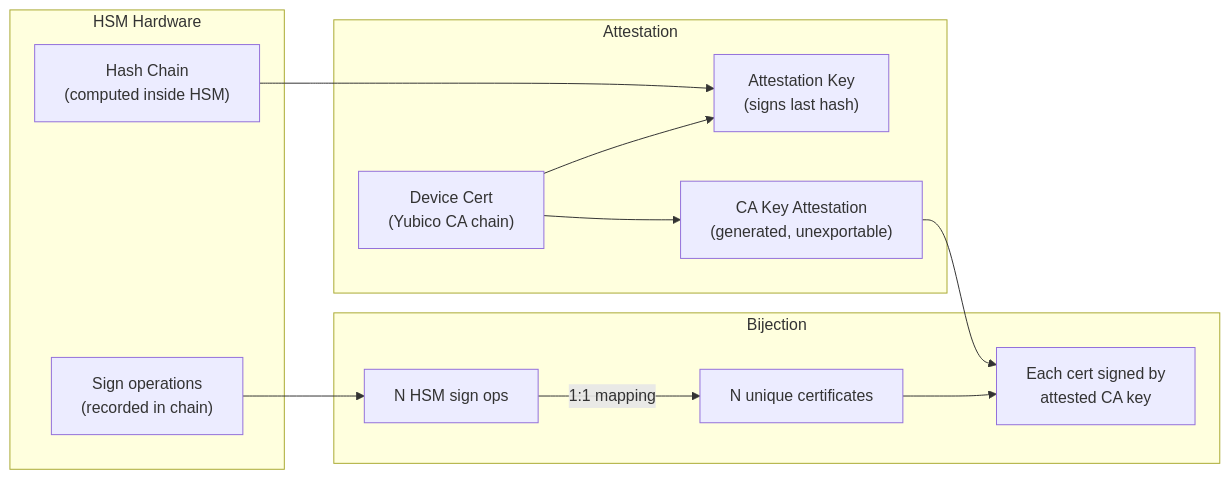
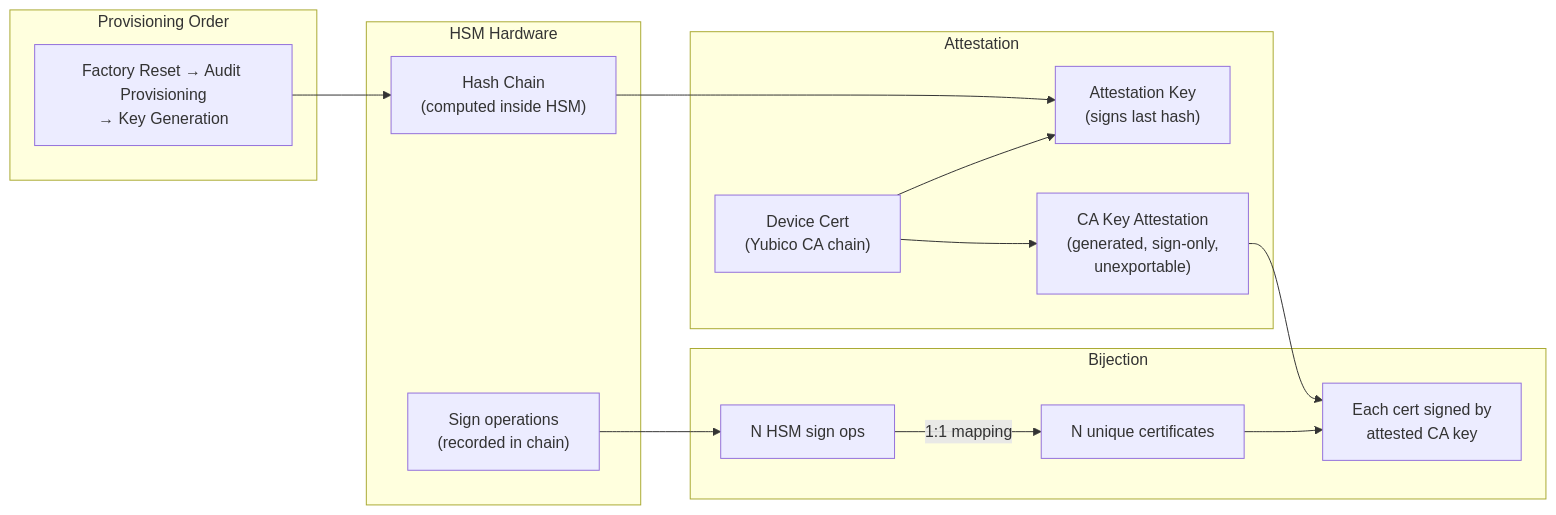
Before and after one commit to blechschmidt/secsy-pki: the fourth of 4 diagrams in README.md, drawn with Mermaid. The commit also changed other lines of this file, not shown here.

First line of the commit message:
Update README diagrams with sign-only caps and audit-before-keygen checks

````diff
--- a/README.md
+++ b/README.md
@@ -113,27 +115,32 @@
 ```mermaid
 graph LR
     subgraph "HSM Hardware"
         HC["Hash Chain<br/>(computed inside HSM)"]
         Sign["Sign operations<br/>(recorded in chain)"]
     end
 
     subgraph "Attestation"
         DC["Device Cert<br/>(Yubico CA chain)"]
         AK["Attestation Key<br/>(signs last hash)"]
-        CK["CA Key Attestation<br/>(generated, unexportable)"]
+        CK["CA Key Attestation<br/>(generated, sign-only,<br/>unexportable)"]
+    end
+
+    subgraph "Provisioning Order"
+        PO["Factory Reset → Audit Provisioning<br/>→ Key Generation"]
     end
 
     subgraph "Bijection"
         N_ops["N HSM sign ops"]
         N_certs["N unique certificates"]
         Verify["Each cert signed by<br/>attested CA key"]
     end
 
     HC --> AK
     DC --> AK
     DC --> CK
+    PO --> HC
     Sign --> N_ops
     N_ops -->|"1:1 mapping"| N_certs
     CK --> Verify
     N_certs --> Verify
 ```
````
